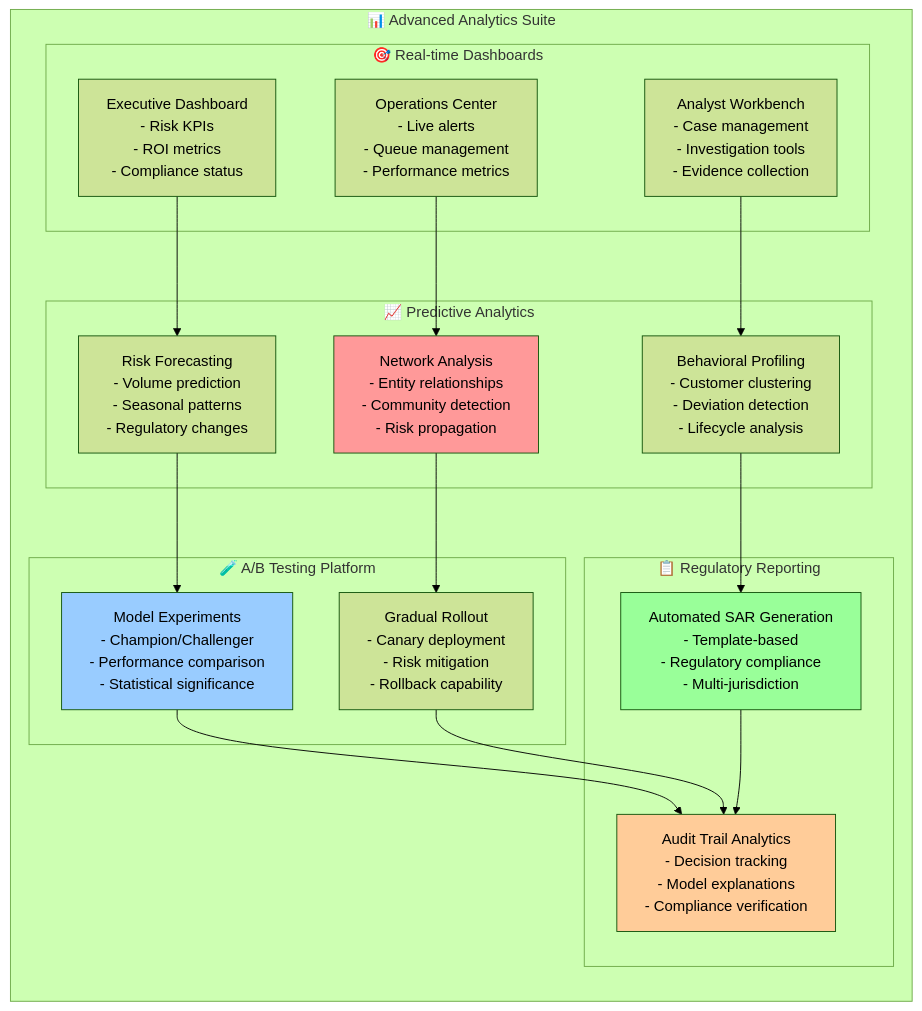
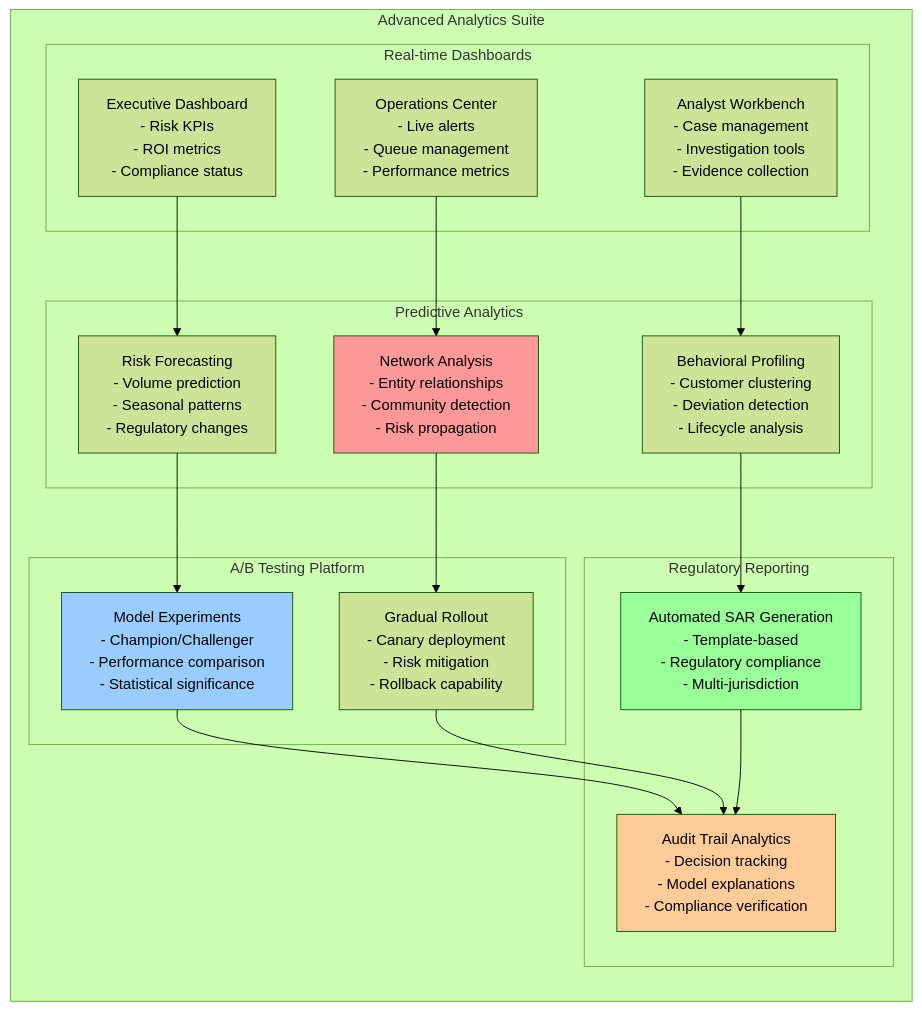
One commit to gregorizeidler-cw/LavandowskI-Chatbot changed the eighth of 11 diagrams in README.md. Above: the diagram before and after it, drawn with Mermaid (forest theme). The commit also changed other lines of this file, not shown here.

````diff
--- a/README.md
+++ b/README.md
@@ -1305,43 +1305,43 @@
 ```mermaid
 graph LR
-    subgraph "📊 Advanced Analytics Suite"
-        subgraph "🎯 Real-time Dashboards"
+    subgraph " Advanced Analytics Suite"
+        subgraph " Real-time Dashboards"
             EXEC[Executive Dashboard<br/>- Risk KPIs<br/>- ROI metrics<br/>- Compliance status]
             OPS[Operations Center<br/>- Live alerts<br/>- Queue management<br/>- Performance metrics]
             ANALYST[Analyst Workbench<br/>- Case management<br/>- Investigation tools<br/>- Evidence collection]
         end
         
-        subgraph "📈 Predictive Analytics"
+        subgraph " Predictive Analytics"
             FORECAST[Risk Forecasting<br/>- Volume prediction<br/>- Seasonal patterns<br/>- Regulatory changes]
             NETWORK[Network Analysis<br/>- Entity relationships<br/>- Community detection<br/>- Risk propagation]
             BEHAVIORAL[Behavioral Profiling<br/>- Customer clustering<br/>- Deviation detection<br/>- Lifecycle analysis]
         end
         
-        subgraph "🧪 A/B Testing Platform"
+        subgraph " A/B Testing Platform"
             EXPERIMENTS[Model Experiments<br/>- Champion/Challenger<br/>- Performance comparison<br/>- Statistical significance]
             ROLLOUT[Gradual Rollout<br/>- Canary deployment<br/>- Risk mitigation<br/>- Rollback capability]
         end
         
-        subgraph "📋 Regulatory Reporting"
+        subgraph " Regulatory Reporting"
             AUTO_SAR[Automated SAR Generation<br/>- Template-based<br/>- Regulatory compliance<br/>- Multi-jurisdiction]
             AUDIT[Audit Trail Analytics<br/>- Decision tracking<br/>- Model explanations<br/>- Compliance verification]
         end
     end
     
     EXEC --> FORECAST
     OPS --> NETWORK
     ANALYST --> BEHAVIORAL
     
     FORECAST --> EXPERIMENTS
     NETWORK --> ROLLOUT
     BEHAVIORAL --> AUTO_SAR
     
     EXPERIMENTS --> AUDIT
     ROLLOUT --> AUDIT
     AUTO_SAR --> AUDIT
     
     style NETWORK fill:#ff9999
     style EXPERIMENTS fill:#99ccff
     style AUTO_SAR fill:#99ff99
     style AUDIT fill:#ffcc99
 ```
````
